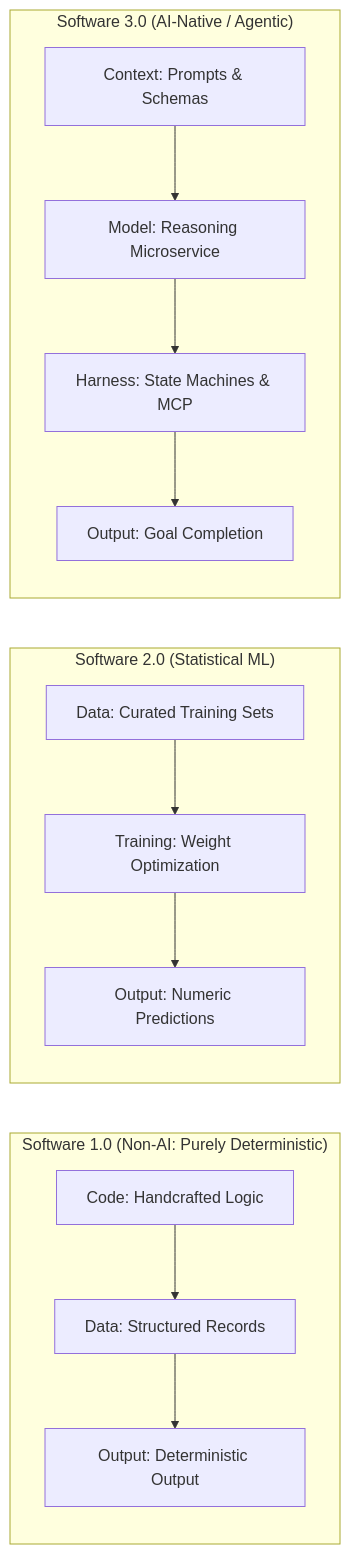
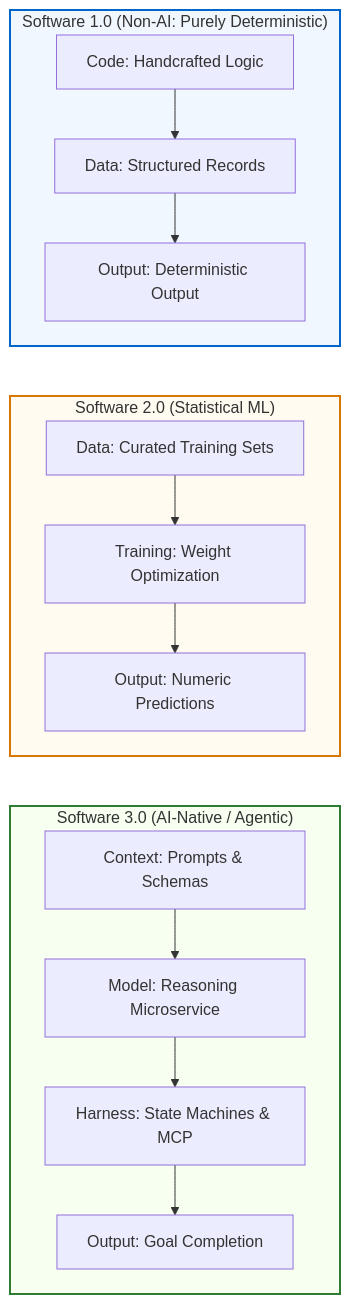
One commit to dip4k/senior-engineer-to-ai-engineer-roadmap changed the second of 4 diagrams in senior-transition-guide.md. Above: the diagram before and after it, drawn with Mermaid. The commit also changed other lines of this file and 3 other files, not shown here.

Commit message:
feat(curriculum): update root README, roadmap, transition guide, and Phase 02 with modern UI flowcharts and ELI10 blueprints

````diff
--- a/senior-transition-guide.md
+++ b/senior-transition-guide.md
@@ -41,18 +49,25 @@
 ```mermaid
-flowchart LR
+flowchart TD
     subgraph S1["Software 1.0 (Non-AI: Purely Deterministic)"]
         A1["Code: Handcrafted Logic"] --> B1["Data: Structured Records"]
         B1 --> C1["Output: Deterministic Output"]
     end
 
     subgraph S2["Software 2.0 (Statistical ML)"]
         A2["Data: Curated Training Sets"] --> B2["Training: Weight Optimization"]
         B2 --> C2["Output: Numeric Predictions"]
     end
 
     subgraph S3["Software 3.0 (AI-Native / Agentic)"]
         A3["Context: Prompts & Schemas"] --> B3["Model: Reasoning Microservice"]
         B3 --> C3["Harness: State Machines & MCP"]
         C3 --> D3["Output: Goal Completion"]
     end
+
+    C1 ~~~ A2
+    C2 ~~~ A3
+
+    style S1 fill:#f0f7ff,stroke:#0066cc,stroke-width:2px
+    style S2 fill:#fffbf0,stroke:#d97706,stroke-width:2px
+    style S3 fill:#f6fff0,stroke:#2e7d32,stroke-width:2px
 ```
````
